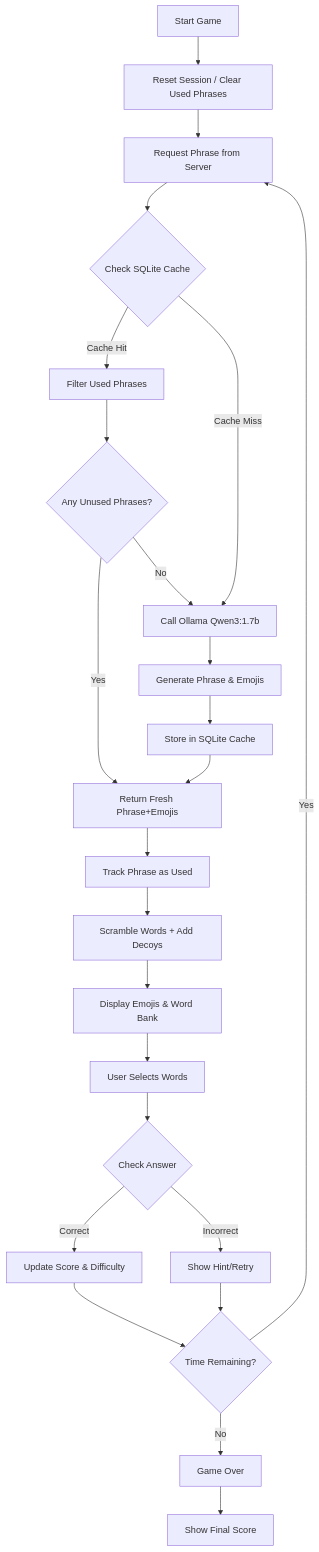
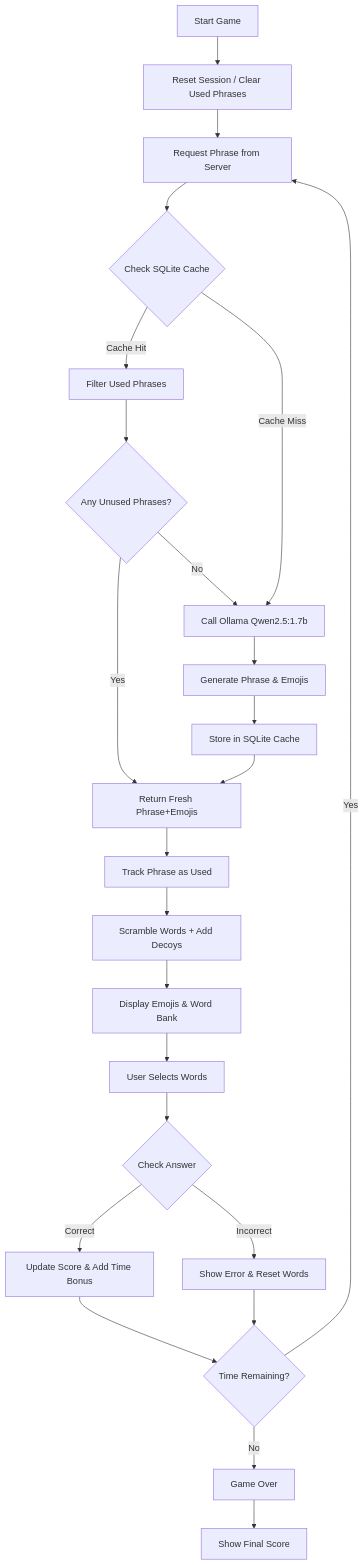
The first of 2 diagrams in architecture.md (yogthos/emojiq), drawn with Mermaid before and after one commit. The commit also changed other lines of this file and 1 other file, not shown here.

````diff
--- a/architecture.md
+++ b/architecture.md
@@ -5,26 +5,26 @@
 ```mermaid
 flowchart TD
     A[Start Game] --> B[Reset Session / Clear Used Phrases]
     B --> C[Request Phrase from Server]
     C --> D{Check SQLite Cache}
     D -->|Cache Hit| E[Filter Used Phrases]
-    D -->|Cache Miss| F[Call Ollama Qwen3:1.7b]
+    D -->|Cache Miss| F[Call Ollama Qwen2.5:1.7b]
     E --> G{Any Unused Phrases?}
     G -->|Yes| H[Return Fresh Phrase+Emojis]
     G -->|No| F
     F --> I[Generate Phrase & Emojis]
     I --> J[Store in SQLite Cache]
     J --> H
     H --> K[Track Phrase as Used]
     K --> L[Scramble Words + Add Decoys]
     L --> M[Display Emojis & Word Bank]
     M --> N[User Selects Words]
     N --> O{Check Answer}
-    O -->|Correct| P[Update Score & Difficulty]
-    O -->|Incorrect| Q[Show Hint/Retry]
+    O -->|Correct| P[Update Score & Add Time Bonus]
+    O -->|Incorrect| Q[Show Error & Reset Words]
     P --> R{Time Remaining?}
     Q --> R
     R -->|Yes| C
     R -->|No| S[Game Over]
     S --> T[Show Final Score]
 ```
````
